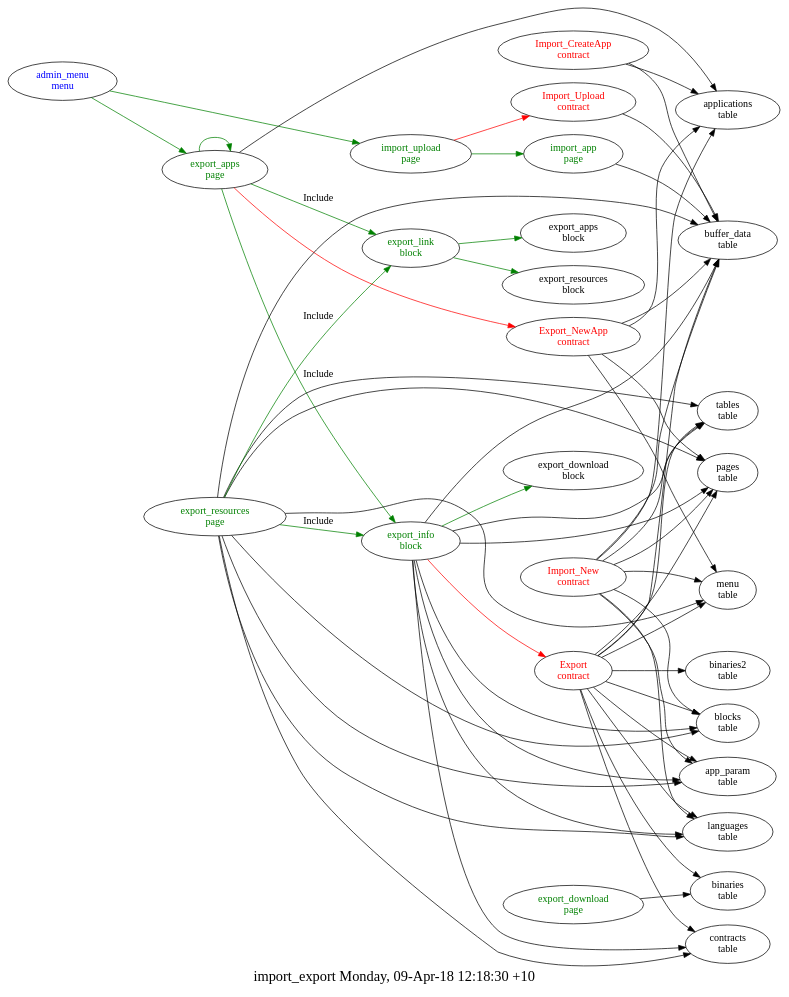
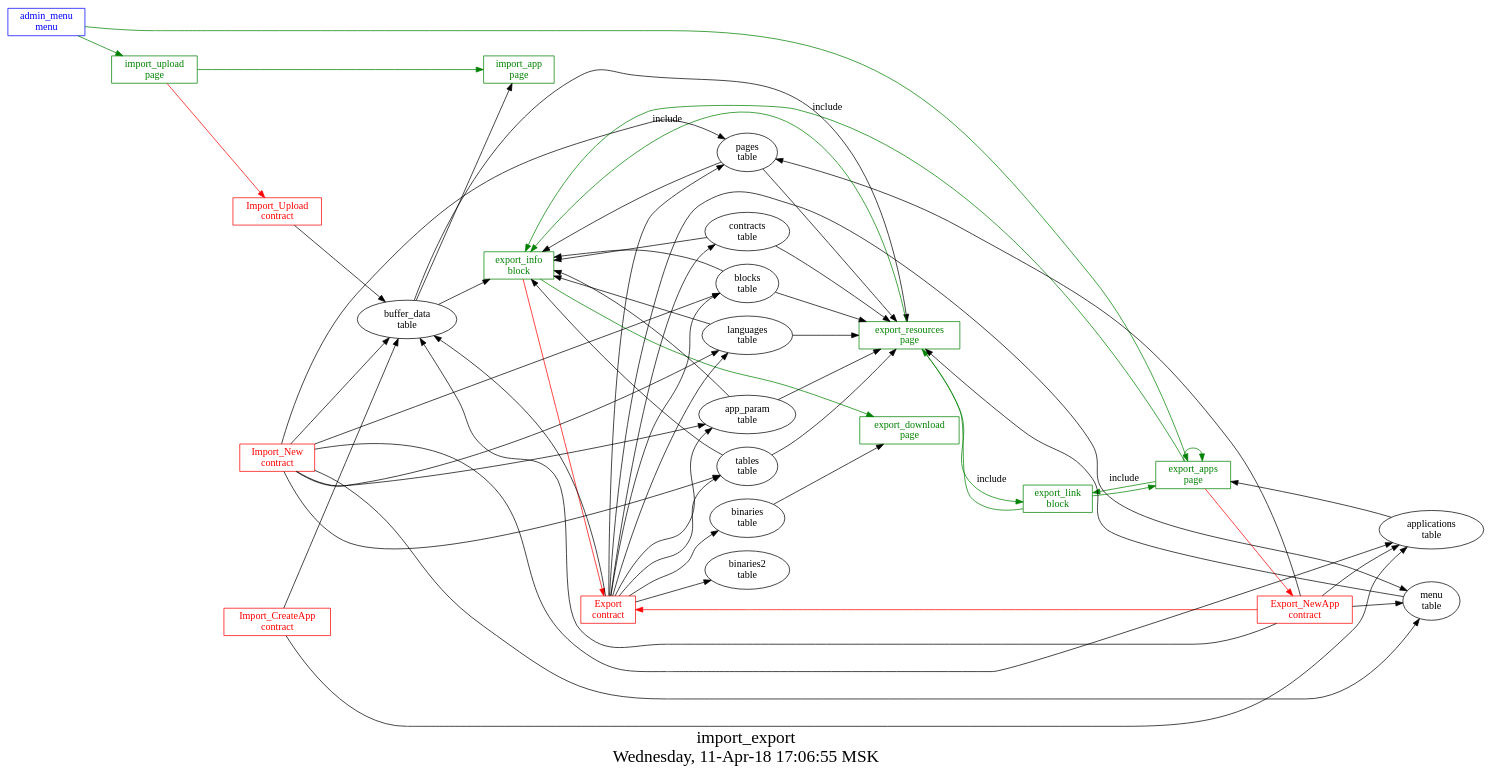
Before and after one commit to AplaProject/apps: the diagram in src/import_export/struct.dot, drawn with Graphviz. The commit also changed 3 other files, not shown here.

```diff
--- a/src/import_export/struct.dot
+++ b/src/import_export/struct.dot
@@ -1,75 +1,83 @@
 digraph G {
-fontsize="20.0";
-label="import_export Monday, 09-Apr-18 12:18:30 +10";
-rankdir=LR;
-"export_info\nblock" -> "Export\ncontract"  [ color=red ]
-"export_info\nblock" -> "buffer_data\ntable"
-"export_info\nblock" -> "pages\ntable"
-"export_info\nblock" -> "blocks\ntable"
-"export_info\nblock" -> "app_param\ntable"
-"export_info\nblock" -> "languages\ntable"
-"export_info\nblock" -> "contracts\ntable"
-"export_info\nblock" -> "tables\ntable"
-"export_info\nblock" -> "export_download\nblock"  [ color=green ]
-"export_info\nblock" [fontcolor=green, group=blocks];
-"export_link\nblock" -> "export_apps\nblock"  [ color=green ]
-"export_link\nblock" -> "export_resources\nblock"  [ color=green ]
-"export_link\nblock" [fontcolor=green, group=blocks];
-"Export\ncontract" -> "buffer_data\ntable"
-"Export\ncontract" -> "pages\ntable"
-"Export\ncontract" -> "menu\ntable"
-"Export\ncontract" -> "contracts\ntable"
-"Export\ncontract" -> "blocks\ntable"
-"Export\ncontract" -> "languages\ntable"
-"Export\ncontract" -> "app_param\ntable"
-"Export\ncontract" -> "tables\ntable"
-"Export\ncontract" -> "binaries\ntable"
-"Export\ncontract" -> "binaries2\ntable"
-"Export\ncontract" [fontcolor=red, group=contracts];
-"Export_NewApp\ncontract" -> "applications\ntable"
-"Export_NewApp\ncontract" -> "pages\ntable"
-"Export_NewApp\ncontract" -> "menu\ntable"
-"Export_NewApp\ncontract" -> "buffer_data\ntable"
-"Export_NewApp\ncontract" [fontcolor=red, group=contracts];
-"Import_CreateApp\ncontract" -> "buffer_data\ntable"
-"Import_CreateApp\ncontract" -> "applications\ntable"
-"Import_CreateApp\ncontract" [fontcolor=red, group=contracts];
-"Import_New\ncontract" -> "buffer_data\ntable"
-"Import_New\ncontract" -> "applications\ntable"
-"Import_New\ncontract" -> "pages\ntable"
-"Import_New\ncontract" -> "blocks\ntable"
-"Import_New\ncontract" -> "menu\ntable"
-"Import_New\ncontract" -> "app_param\ntable"
-"Import_New\ncontract" -> "languages\ntable"
-"Import_New\ncontract" -> "tables\ntable"
-"Import_New\ncontract" [fontcolor=red, group=contracts];
-"Import_Upload\ncontract" -> "buffer_data\ntable"
-"Import_Upload\ncontract" [fontcolor=red, group=contracts];
+graph [
+  fontsize="24";
+  label="import_export\nWednesday, 11-Apr-18 17:06:55 MSK";
+  nojustify=true;
+  ordering=out;
+  rankdir=LR;
+  size="30";
+];
 "admin_menu\nmenu" -> "import_upload\npage"  [ color=green ]
 "admin_menu\nmenu" -> "export_apps\npage"  [ color=green ]
-"admin_menu\nmenu" [fontcolor=blue, group=menus];
+"admin_menu\nmenu" [color=blue, fontcolor=blue, group=menus, shape=record];
 "export_apps\npage" -> "Export_NewApp\ncontract"  [ color=red ]
-"export_apps\npage" -> "applications\ntable"
+"applications\ntable" -> "export_apps\npage"  [ color="" ]
 "export_apps\npage" -> "export_apps\npage"  [ color=green ]
-"export_apps\npage" -> "export_link\nblock"  [ color=green, label=Include ]
-"export_apps\npage" -> "export_info\nblock"  [ color=green, label=Include ]
-"export_apps\npage" [fontcolor=green, group=pages];
-"export_download\npage" -> "binaries\ntable"
-"export_download\npage" [fontcolor=green, group=pages];
-"export_resources\npage" -> "buffer_data\ntable"
-"export_resources\npage" -> "pages\ntable"
-"export_resources\npage" -> "blocks\ntable"
-"export_resources\npage" -> "menu\ntable"
-"export_resources\npage" -> "app_param\ntable"
-"export_resources\npage" -> "languages\ntable"
-"export_resources\npage" -> "contracts\ntable"
-"export_resources\npage" -> "tables\ntable"
-"export_resources\npage" -> "export_link\nblock"  [ color=green, label=Include ]
-"export_resources\npage" -> "export_info\nblock"  [ color=green, label=Include ]
-"export_resources\npage" [fontcolor=green, group=pages];
-"import_app\npage" -> "buffer_data\ntable"
-"import_app\npage" [fontcolor=green, group=pages];
+"export_apps\npage" -> "export_link\nblock"  [ color=green, label=include ]
+"export_apps\npage" -> "export_info\nblock"  [ color=green, label=include ]
+"export_apps\npage" [color=green, fontcolor=green, group=pages, shape=record];
+"binaries\ntable" -> "export_download\npage"  [ color="" ]
+"export_download\npage" [color=green, fontcolor=green, group=pages, shape=record];
+"buffer_data\ntable" -> "export_resources\npage"  [ color="" ]
+"pages\ntable" -> "export_resources\npage"  [ color="" ]
+"blocks\ntable" -> "export_resources\npage"  [ color="" ]
+"menu\ntable" -> "export_resources\npage"  [ color="" ]
+"app_param\ntable" -> "export_resources\npage"  [ color="" ]
+"languages\ntable" -> "export_resources\npage"  [ color="" ]
+"contracts\ntable" -> "export_resources\npage"  [ color="" ]
+"tables\ntable" -> "export_resources\npage"  [ color="" ]
+"export_resources\npage" -> "export_link\nblock"  [ color=green, label=include ]
+"export_resources\npage" -> "export_info\nblock"  [ color=green, label=include ]
+"export_resources\npage" [color=green, fontcolor=green, group=pages, shape=record];
+"buffer_data\ntable" -> "import_app\npage"  [ color="" ]
+"import_app\npage" [color=green, fontcolor=green, group=pages, shape=record];
 "import_upload\npage" -> "Import_Upload\ncontract"  [ color=red ]
 "import_upload\npage" -> "import_app\npage"  [ color=green ]
-"import_upload\npage" [fontcolor=green, group=pages];
+"import_upload\npage" [color=green, fontcolor=green, group=pages, shape=record];
+"export_info\nblock" -> "Export\ncontract"  [ color=red ]
+"buffer_data\ntable" -> "export_info\nblock"  [ color="" ]
+"pages\ntable" -> "export_info\nblock"  [ color="" ]
+"blocks\ntable" -> "export_info\nblock"  [ color="" ]
+"app_param\ntable" -> "export_info\nblock"  [ color="" ]
+"languages\ntable" -> "export_info\nblock"  [ color="" ]
+"contracts\ntable" -> "export_info\nblock"  [ color="" ]
+"tables\ntable" -> "export_info\nblock"  [ color="" ]
+"export_info\nblock" -> "export_download\npage"  [ color=green ]
+"export_info\nblock" [color=green, fontcolor=green, group=blocks, shape=record];
+"export_link\nblock" -> "export_apps\npage"  [ color=green ]
+"export_link\nblock" -> "export_resources\npage"  [ color=green ]
+"export_link\nblock" [color=green, fontcolor=green, group=blocks, shape=record];
+"Export\ncontract" -> "buffer_data\ntable"  [ color="" ]
+"Export\ncontract" -> "pages\ntable"  [ color="" ]
+"Export\ncontract" -> "menu\ntable"  [ color="" ]
+"Export\ncontract" -> "contracts\ntable"  [ color="" ]
+"Export\ncontract" -> "blocks\ntable"  [ color="" ]
+"Export\ncontract" -> "languages\ntable"  [ color="" ]
+"Export\ncontract" -> "app_param\ntable"  [ color="" ]
+"Export\ncontract" -> "tables\ntable"  [ color="" ]
+"Export\ncontract" -> "binaries\ntable"  [ color="" ]
+"Export\ncontract" -> "binaries2\ntable"  [ color="" ]
+"Export\ncontract" [color=red, fontcolor=red, group=contracts, shape=record];
+"Export_NewApp\ncontract" -> "Export\ncontract"  [ color=red ]
+"Export_NewApp\ncontract" -> "applications\ntable"  [ color="" ]
+"Export_NewApp\ncontract" -> "pages\ntable"  [ color="" ]
+"Export_NewApp\ncontract" -> "menu\ntable"  [ color="" ]
+"Export_NewApp\ncontract" -> "buffer_data\ntable"  [ color="" ]
+"Export_NewApp\ncontract" [color=red, fontcolor=red, group=contracts, shape=record];
+"Import_CreateApp\ncontract" -> "buffer_data\ntable"  [ color="" ]
+"Import_CreateApp\ncontract" -> "applications\ntable"  [ color="" ]
+"Import_CreateApp\ncontract" [color=red, fontcolor=red, group=contracts, shape=record];
+"Import_New\ncontract" -> "buffer_data\ntable"  [ color="" ]
+"Import_New\ncontract" -> "applications\ntable"  [ color="" ]
+"Import_New\ncontract" -> "pages\ntable"  [ color="" ]
+"Import_New\ncontract" -> "blocks\ntable"  [ color="" ]
+"Import_New\ncontract" -> "menu\ntable"  [ color="" ]
+"Import_New\ncontract" -> "app_param\ntable"  [ color="" ]
+"Import_New\ncontract" -> "languages\ntable"  [ color="" ]
+"Import_New\ncontract" -> "tables\ntable"  [ color="" ]
+"Import_New\ncontract" [color=red, fontcolor=red, group=contracts, shape=record];
+"Import_Upload\ncontract" -> "buffer_data\ntable"  [ color="" ]
+"Import_Upload\ncontract" [color=red, fontcolor=red, group=contracts, shape=record];
+"binaries2\ntable" [color="", fontcolor="", group=tables, shape=""];
+"buffer_data\ntable" [color="", fontcolor="", group=tables, shape=""];
 }
```
